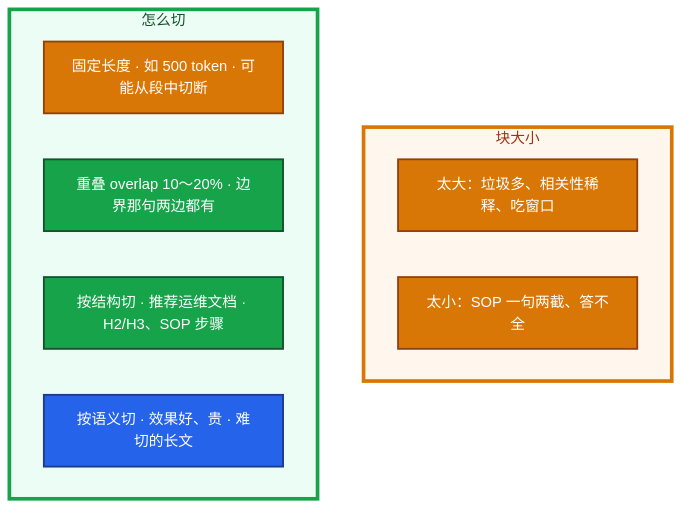
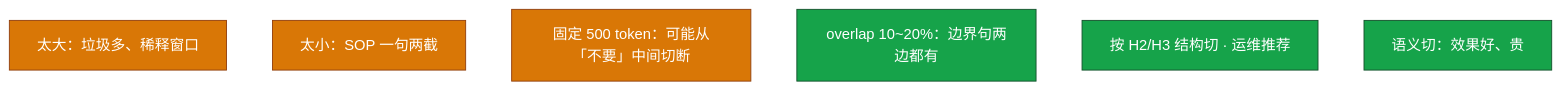
One commit to ml-cuizijun/LearnToLilith changed the second of 5 diagrams in 09-AI与智能运维/03-RAG检索增强/知识点.md. Above: the diagram before and after it, drawn with Mermaid. The commit also changed other lines of this file and 213 other files, not shown here.

````diff
--- a/09-AI与智能运维/03-RAG检索增强/知识点.md
+++ b/09-AI与智能运维/03-RAG检索增强/知识点.md
@@ -151,24 +102,12 @@
 ```mermaid
 flowchart TB
-    subgraph size ["块大小"]
-        big[太大：垃圾多、相关性稀释、吃窗口]
-        small[太小：SOP 一句两截、答不全]
-    end
+    classDef warn fill:#D97706,stroke:#92400E,color:#fff
+    classDef ok fill:#16A34A,stroke:#14532D,color:#fff
 
-    subgraph how ["怎么切"]
-        fix[固定长度 · 如 500 token · 可能从段中切断]
-        ov[重叠 overlap 10～20% · 边界那句两边都有]
-        st[按结构切 · 推荐运维文档 · H2/H3、SOP 步骤]
-        se[按语义切 · 效果好、贵 · 难切的长文]
-    end
-
-    classDef warn fill:#D97706,stroke:#92400E,stroke-width:2px,color:#fff
-    classDef ok fill:#16A34A,stroke:#14532D,stroke-width:2px,color:#fff
-    classDef a fill:#2563EB,stroke:#1E3A8A,stroke-width:2px,color:#fff
-    class big,small,fix warn
-    class ov,st ok
-    class se a
-
-    style size fill:#FFF7ED,stroke:#D97706,stroke-width:4px,color:#9A3412
-    style how fill:#ECFDF5,stroke:#16A34A,stroke-width:4px,color:#14532D
+    big[太大：垃圾多、稀释窗口]:::warn
+    small[太小：SOP 一句两截]:::warn
+    fix[固定 500 token：可能从「不要」中间切断]:::warn
+    ov[overlap 10~20%：边界句两边都有]:::ok
+    st[按 H2/H3 结构切 · 运维推荐]:::ok
+    se[语义切：效果好、贵]:::ok
 ```
````
